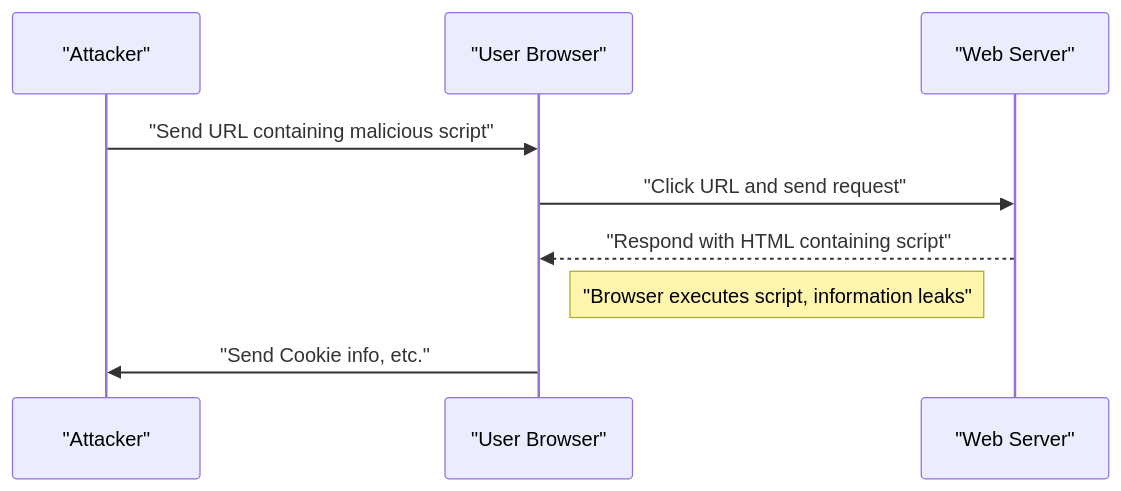
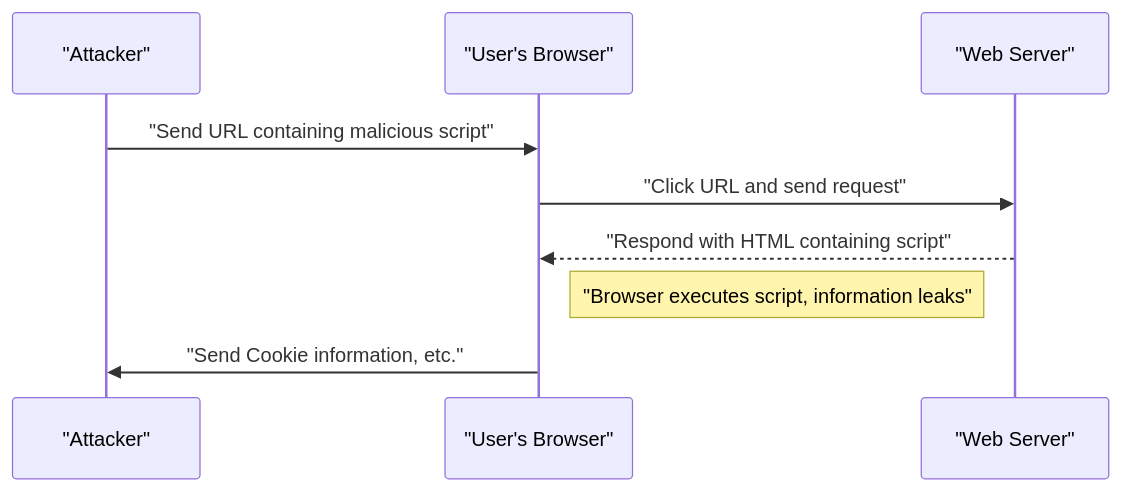
Before and after one commit to kenjinote/blog: the first of 2 diagrams in content/post/web-application-vulnerability-owasp-top-10/index.en.md, drawn with Mermaid. The commit also changed other lines of this file and 12 other files, not shown here.

````diff
--- a/content/post/web-application-vulnerability-owasp-top-10/index.en.md
+++ b/content/post/web-application-vulnerability-owasp-top-10/index.en.md
@@ -170,12 +170,12 @@
 ```mermaid
 sequenceDiagram
     participant "Attacker"
-    participant "User Browser"
+    participant "User's Browser"
     participant "Web Server"
 
-    "Attacker"->>"User Browser": "Send URL containing malicious script"
-    "User Browser"->>"Web Server": "Click URL and send request"
-    "Web Server"-->>"User Browser": "Respond with HTML containing script"
-    Note right of "User Browser": "Browser executes script, information leaks"
-    "User Browser"->>"Attacker": "Send Cookie info, etc."
+    "Attacker"->>"User's Browser": "Send URL containing malicious script"
+    "User's Browser"->>"Web Server": "Click URL and send request"
+    "Web Server"-->>"User's Browser": "Respond with HTML containing script"
+    Note right of "User's Browser": "Browser executes script, information leaks"
+    "User's Browser"->>"Attacker": "Send Cookie information, etc."
 ```
````
